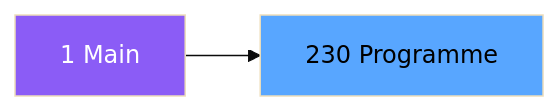
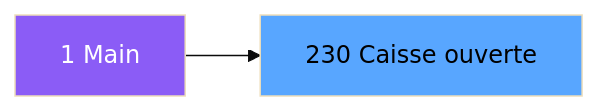
Before and after one commit to thonyAGP/magic-migration: the second of 3 diagrams in .openspec/specs/ADH-IDE-230.md, drawn with Mermaid (base theme). The commit also changed other lines of this file and 323 other files, not shown here.

````diff
--- a/.openspec/specs/ADH-IDE-230.md
+++ b/.openspec/specs/ADH-IDE-230.md
@@ -98,8 +109,8 @@
 ```mermaid
 graph LR
     M[1 Main]
-    T[230 Programme]
+    T[230 Caisse ouverte]
     M --> T
     style M fill:#8b5cf6,color:#fff
     style T fill:#58a6ff,color:#000
 ```
````
